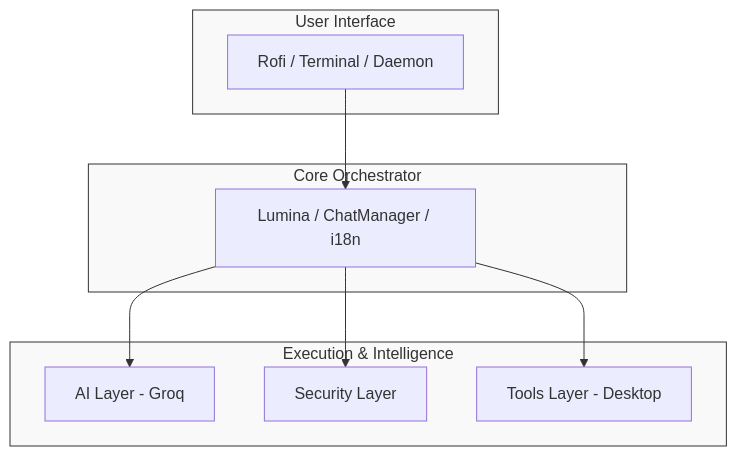
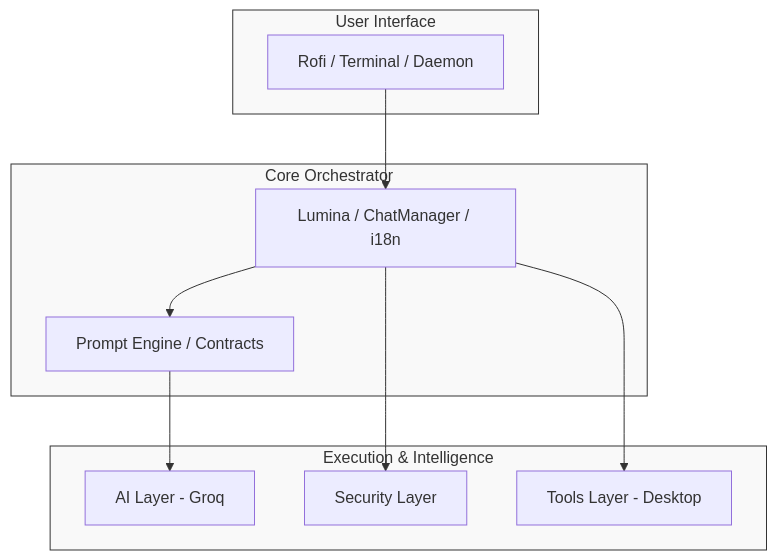
One commit to Rafacuy/desklumina changed the first of 2 diagrams in docs/05-architecture.md. Above: the diagram before and after it, drawn with Mermaid. The commit also changed other lines of this file and 21 other files, not shown here.

````diff
--- a/docs/05-architecture.md
+++ b/docs/05-architecture.md
@@ -25,25 +26,27 @@
 ```mermaid
 flowchart TD
     subgraph Frontend [User Interface]
         UI[Rofi / Terminal / Daemon]
     end
 
     subgraph Logic [Core Orchestrator]
         Core[Lumina / ChatManager / i18n]
+        Prompt[Prompt Engine / Contracts]
     end
 
     subgraph Backend [Execution & Intelligence]
         AI[AI Layer - Groq]
         Security[Security Layer]
         Tools[Tools Layer - Desktop]
     end
 
     UI --> Core
-    Core --> AI
+    Core --> Prompt
+    Prompt --> AI
     Core --> Security
     Core --> Tools
 
     style Frontend fill:#f9f9f9,stroke:#333
     style Logic fill:#f9f9f9,stroke:#333
     style Backend fill:#f9f9f9,stroke:#333
 ```
````
